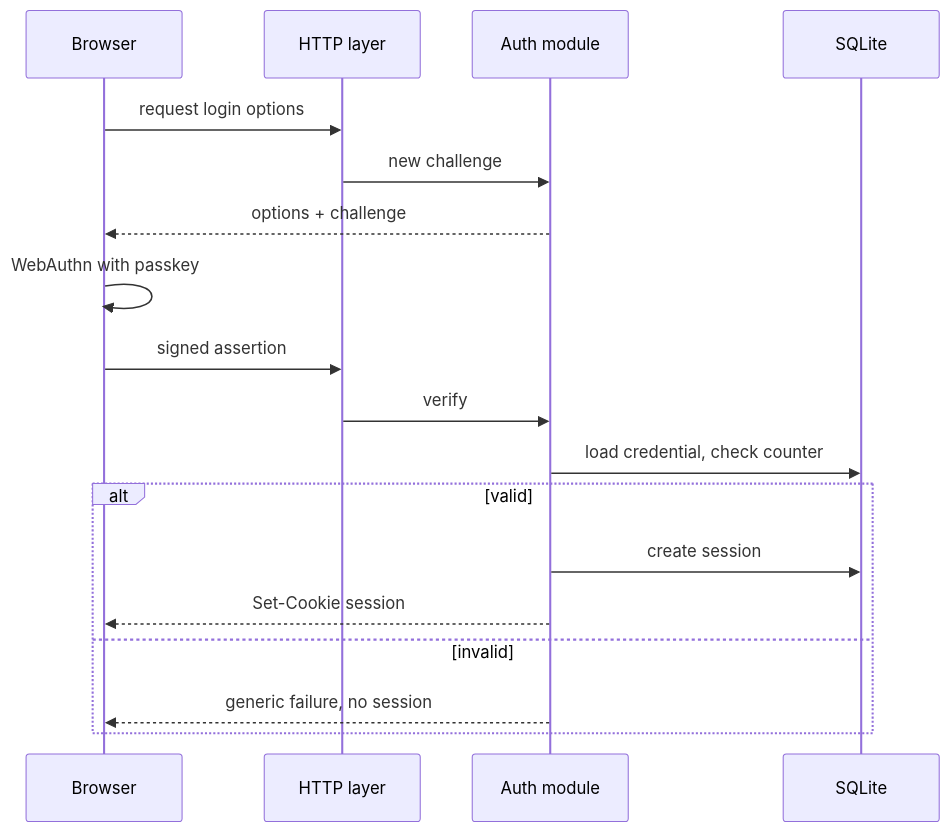
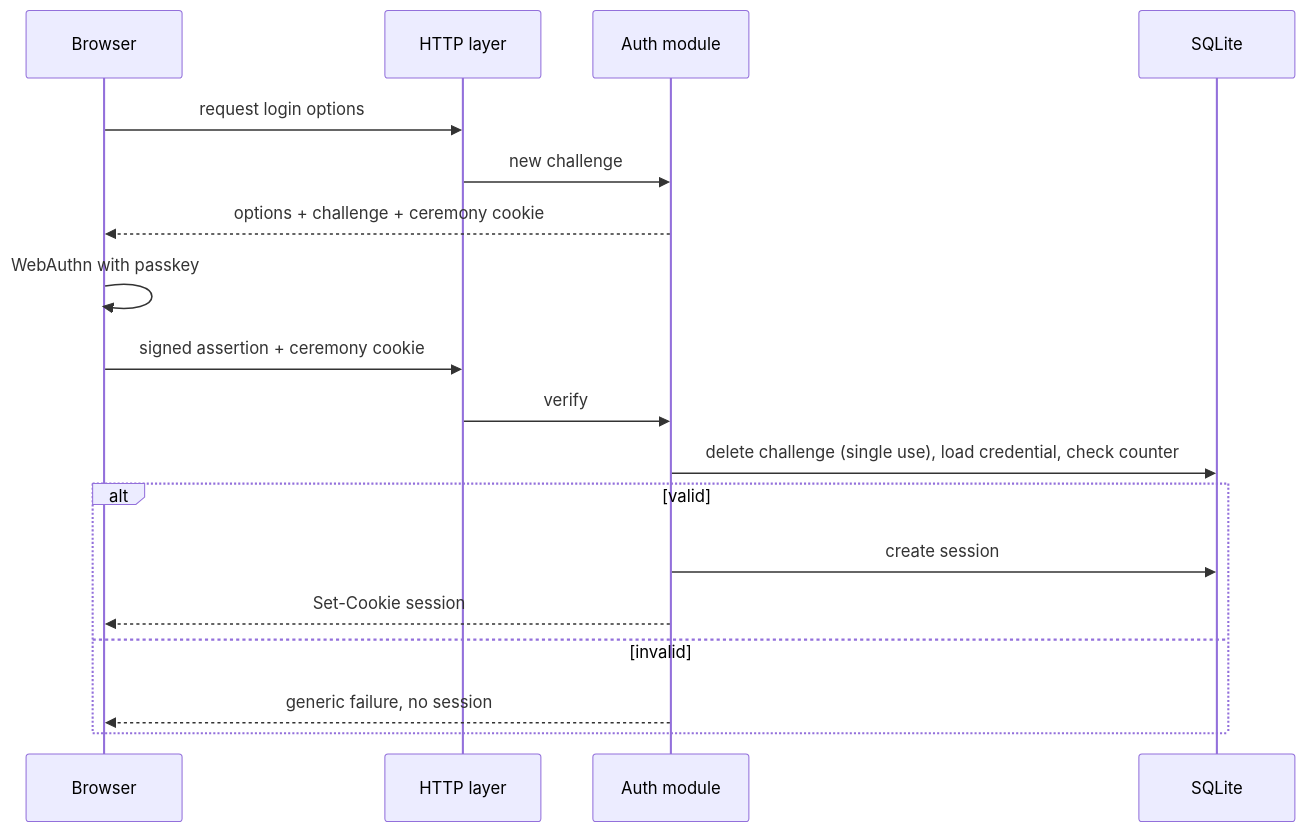
The third of 3 diagrams in ARCHITECTURE.md (jmanico/shrink-182), drawn with Mermaid before and after one commit. The commit also changed other lines of this file and 19 other files, not shown here.

````diff
--- a/ARCHITECTURE.md
+++ b/ARCHITECTURE.md
@@ -150,20 +167,20 @@
 ```mermaid
 sequenceDiagram
   participant B as Browser
   participant H as HTTP layer
   participant A as Auth module
   participant DB as SQLite
   B->>H: request login options
   H->>A: new challenge
-  A-->>B: options + challenge
+  A-->>B: options + challenge + ceremony cookie
   B->>B: WebAuthn with passkey
-  B->>H: signed assertion
+  B->>H: signed assertion + ceremony cookie
   H->>A: verify
-  A->>DB: load credential, check counter
+  A->>DB: delete challenge (single use), load credential, check counter
   alt valid
     A->>DB: create session
     A-->>B: Set-Cookie session
   else invalid
     A-->>B: generic failure, no session
   end
 ```
````
